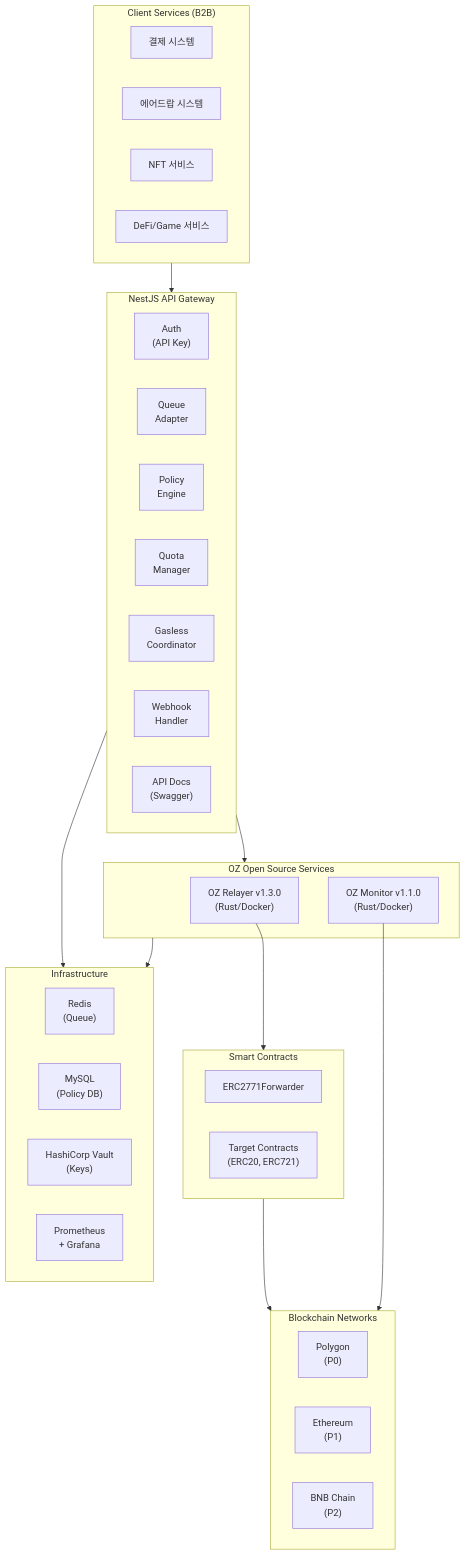
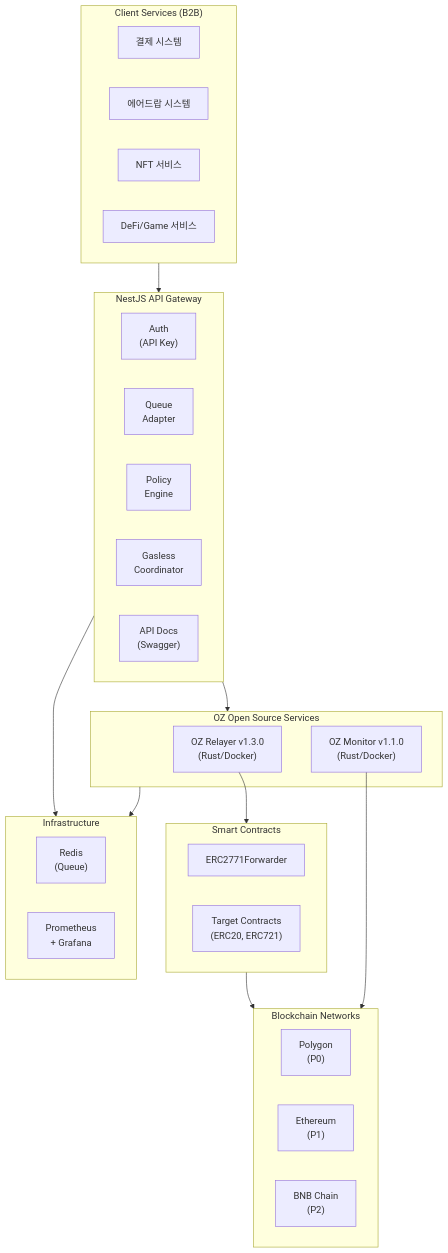
The first of 3 diagrams in docs/structure.md (globalmsq/solo-relayer-service), drawn with Mermaid before and after one commit. The commit also changed other lines of this file and 10 other files, not shown here.

````diff
--- a/docs/structure.md
+++ b/docs/structure.md
@@ -93,50 +93,46 @@
 ```mermaid
 flowchart TB
     subgraph Clients["Client Services (B2B)"]
         Payment["결제 시스템"]
         Airdrop["에어드랍 시스템"]
         NFTService["NFT 서비스"]
         DeFi["DeFi/Game 서비스"]
     end
 
     subgraph Gateway["NestJS API Gateway"]
         Auth["Auth\n(API Key)"]
         QueueAdapter["Queue\nAdapter"]
         Policy["Policy\nEngine"]
-        Quota["Quota\nManager"]
         GaslessCoord["Gasless\nCoordinator"]
-        Webhook["Webhook\nHandler"]
         APIDocs["API Docs\n(Swagger)"]
     end
 
     subgraph OZServices["OZ Open Source Services"]
         Relayer["OZ Relayer v1.3.0\n(Rust/Docker)"]
         Monitor["OZ Monitor v1.1.0\n(Rust/Docker)"]
     end
 
     subgraph SmartContracts["Smart Contracts"]
         Forwarder["ERC2771Forwarder"]
         Target["Target Contracts\n(ERC20, ERC721)"]
     end
 
     subgraph Infra["Infrastructure"]
         Redis["Redis\n(Queue)"]
-        MySQL["MySQL\n(Policy DB)"]
-        Vault["HashiCorp Vault\n(Keys)"]
         Prometheus["Prometheus\n+ Grafana"]
     end
 
     subgraph Blockchain["Blockchain Networks"]
         Polygon["Polygon\n(P0)"]
         Ethereum["Ethereum\n(P1)"]
         BNB["BNB Chain\n(P2)"]
     end
 
     Clients --> Gateway
     Gateway --> OZServices
     Relayer --> SmartContracts
     SmartContracts --> Blockchain
     OZServices --> Infra
     Gateway --> Infra
     Monitor --> Blockchain
 ```
````
